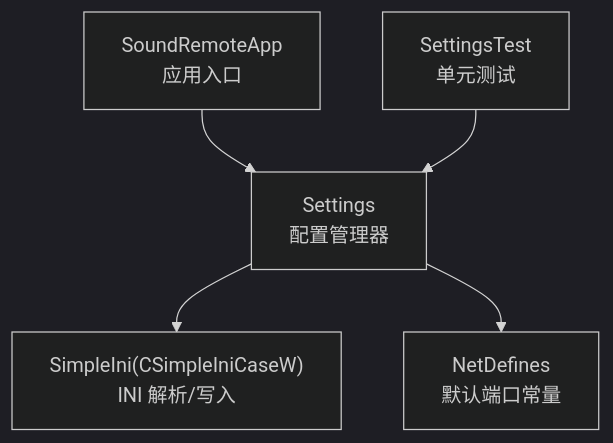
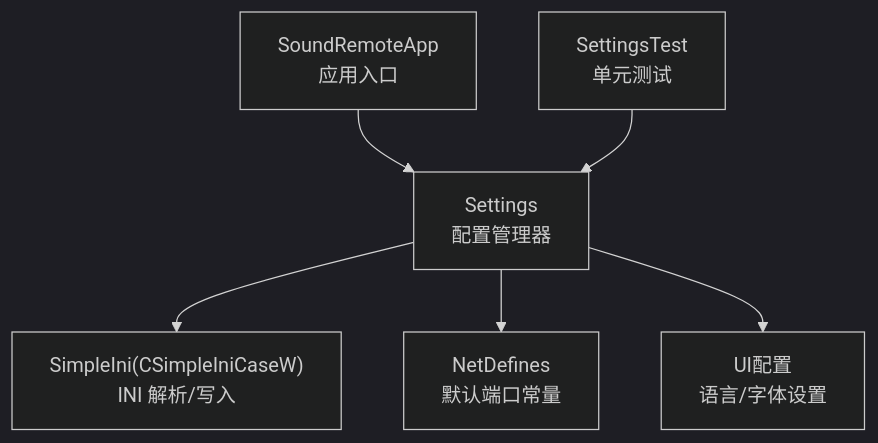
Before and after one commit to tea4go/SoundRemote-WinServer: the first of 7 diagrams in .qoder/repowiki/zh/content/配置管理.md, drawn with Mermaid (dark theme). The commit also changed other lines of this file and 11 other files, not shown here.

````diff
--- a/.qoder/repowiki/zh/content/配置管理.md
+++ b/.qoder/repowiki/zh/content/配置管理.md
@@ -34,7 +44,8 @@
 ```mermaid
 graph TB
 App["SoundRemoteApp<br/>应用入口"] --> Settings["Settings<br/>配置管理器"]
 Settings --> SimpleIni["SimpleIni(CSimpleIniCaseW)<br/>INI 解析/写入"]
 Settings --> NetDefs["NetDefines<br/>默认端口常量"]
+Settings --> UIConfig["UI配置<br/>语言/字体设置"]
 Tests["SettingsTest<br/>单元测试"] --> Settings
 ```
````
